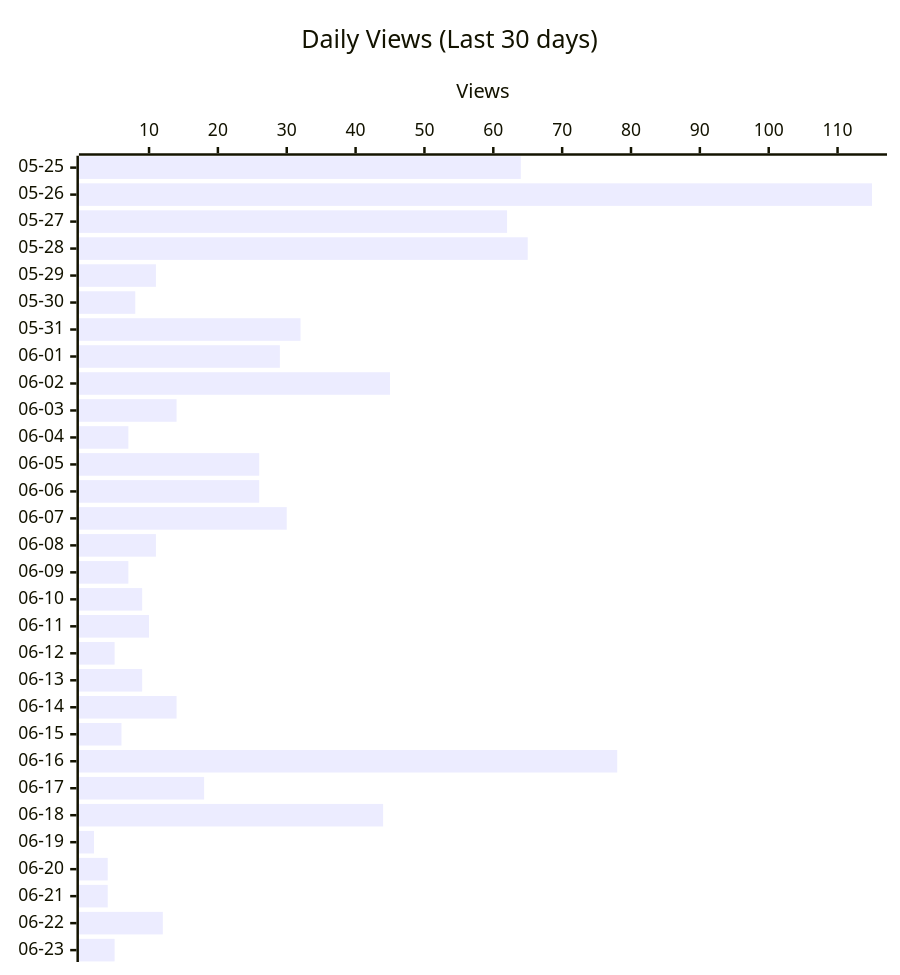
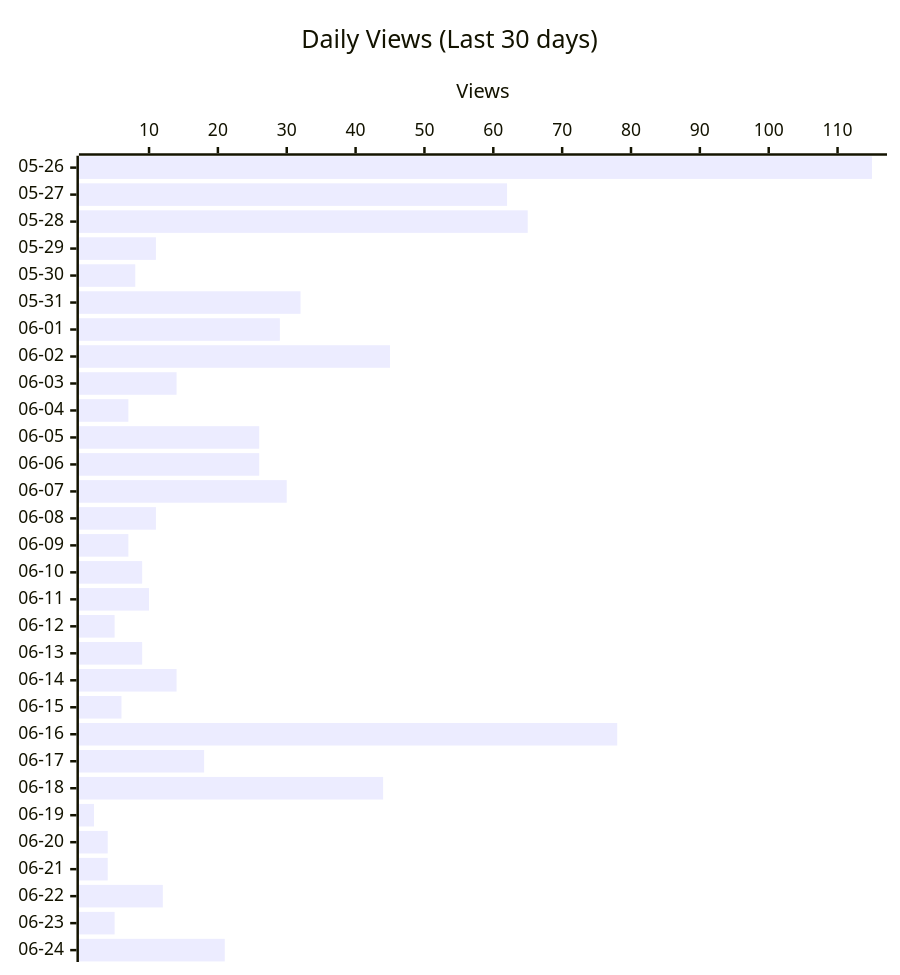
Before and after one commit to shigechika/github-insights: the second of 3 diagrams in README.md, drawn with Mermaid. The commit also changed other lines of this file and 2 other files, not shown here.

````diff
--- a/README.md
+++ b/README.md
@@ -28,12 +28,12 @@
 ```mermaid
 ---
 config:
   xyChart:
     height: 760
 ---
 xychart-beta horizontal
     title "Daily Views (Last 30 days)"
-    x-axis ["05-25", "05-26", "05-27", "05-28", "05-29", "05-30", "05-31", "06-01", "06-02", "06-03", "06-04", "06-05", "06-06", "06-07", "06-08", "06-09", "06-10", "06-11", "06-12", "06-13", "06-14", "06-15", "06-16", "06-17", "06-18", "06-19", "06-20", "06-21", "06-22", "06-23"]
+    x-axis ["05-26", "05-27", "05-28", "05-29", "05-30", "05-31", "06-01", "06-02", "06-03", "06-04", "06-05", "06-06", "06-07", "06-08", "06-09", "06-10", "06-11", "06-12", "06-13", "06-14", "06-15", "06-16", "06-17", "06-18", "06-19", "06-20", "06-21", "06-22", "06-23", "06-24"]
     y-axis "Views"
-    bar [64, 115, 62, 65, 11, 8, 32, 29, 45, 14, 7, 26, 26, 30, 11, 7, 9, 10, 5, 9, 14, 6, 78, 18, 44, 2, 4, 4, 12, 5]
+    bar [115, 62, 65, 11, 8, 32, 29, 45, 14, 7, 26, 26, 30, 11, 7, 9, 10, 5, 9, 14, 6, 78, 18, 44, 2, 4, 4, 12, 5, 21]
 ```
````
